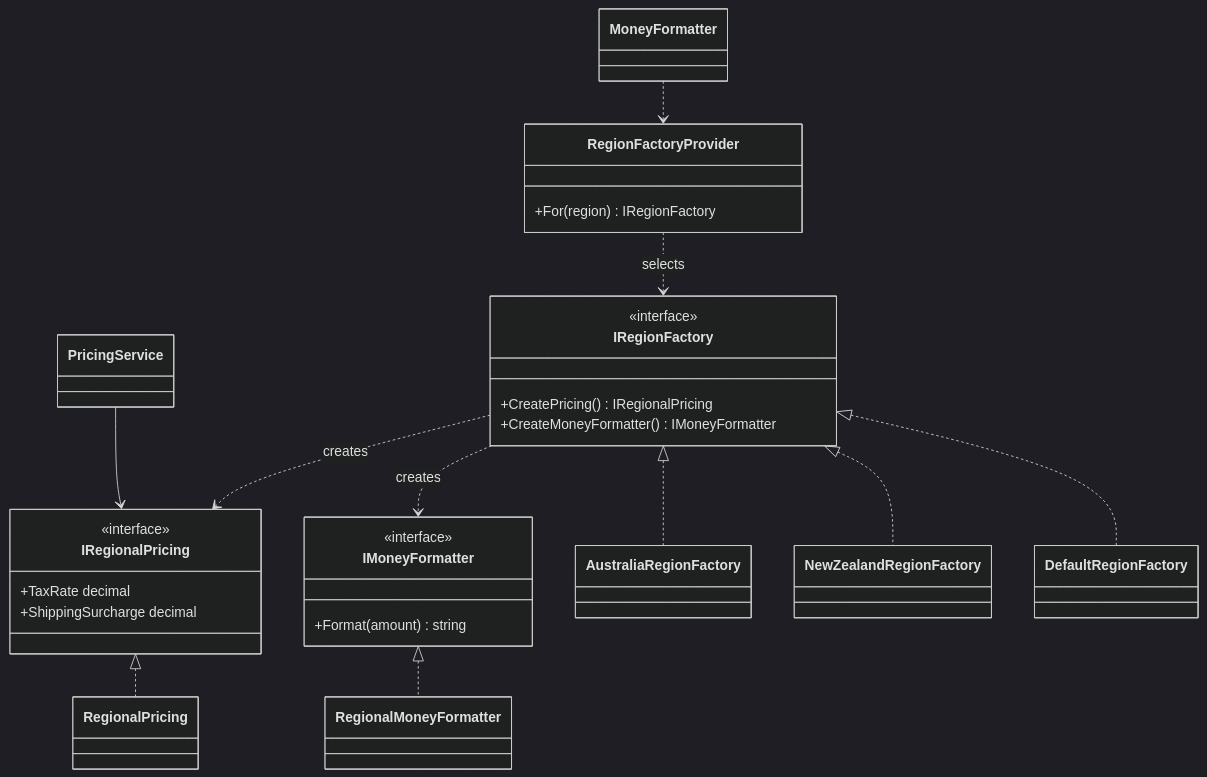
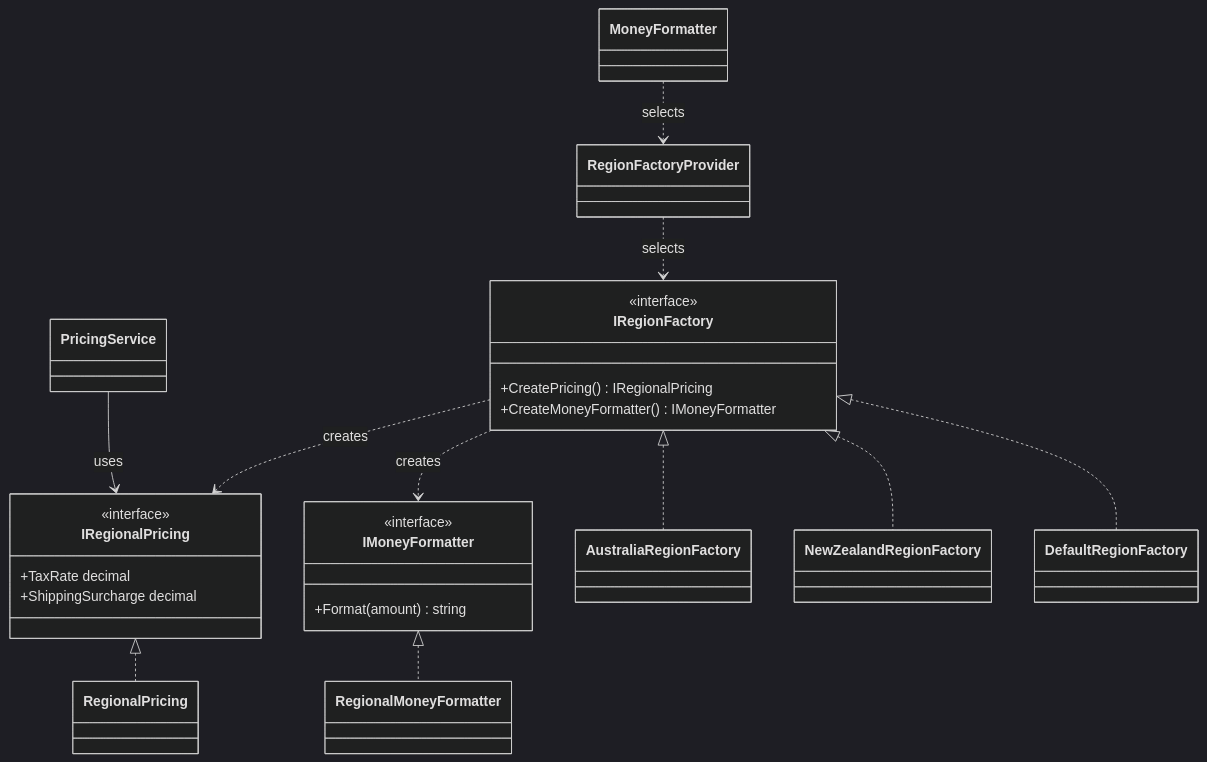
One commit to vaughnellis/gang-of-four-in-action changed the first of 2 diagrams in patterns/creational/abstract-factory/README.md. Above: the diagram before and after it, drawn with Mermaid (dark theme). The commit also changed other lines of this file and 34 other files, not shown here.

````diff
--- a/patterns/creational/abstract-factory/README.md
+++ b/patterns/creational/abstract-factory/README.md
@@ -15,38 +71,36 @@
 ```mermaid
 classDiagram
-    class RegionFactoryProvider {
-        +For(region) IRegionFactory
-    }
     class IRegionFactory {
         <<interface>>
         +CreatePricing() IRegionalPricing
         +CreateMoneyFormatter() IMoneyFormatter
     }
     class IRegionalPricing {
         <<interface>>
         +TaxRate decimal
         +ShippingSurcharge decimal
     }
     class IMoneyFormatter {
         <<interface>>
         +Format(amount) string
     }
     class AustraliaRegionFactory
     class NewZealandRegionFactory
     class DefaultRegionFactory
     class RegionalPricing
     class RegionalMoneyFormatter
+    class RegionFactoryProvider
     class PricingService
     class MoneyFormatter
 
     IRegionFactory <|.. AustraliaRegionFactory
     IRegionFactory <|.. NewZealandRegionFactory
     IRegionFactory <|.. DefaultRegionFactory
     IRegionalPricing <|.. RegionalPricing
     IMoneyFormatter <|.. RegionalMoneyFormatter
     RegionFactoryProvider ..> IRegionFactory : selects
     IRegionFactory ..> IRegionalPricing : creates
     IRegionFactory ..> IMoneyFormatter : creates
-    PricingService --> IRegionalPricing
-    MoneyFormatter ..> RegionFactoryProvider
+    PricingService --> IRegionalPricing : uses
+    MoneyFormatter ..> RegionFactoryProvider : selects
 ```
````
